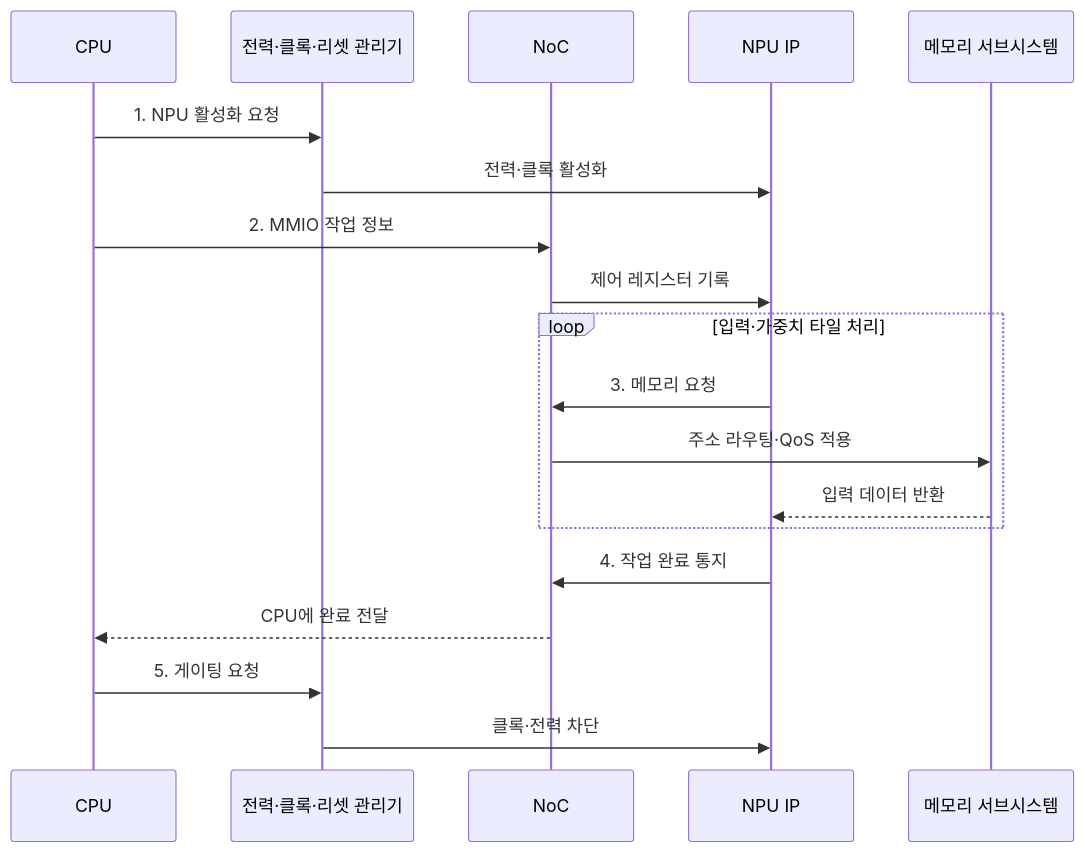
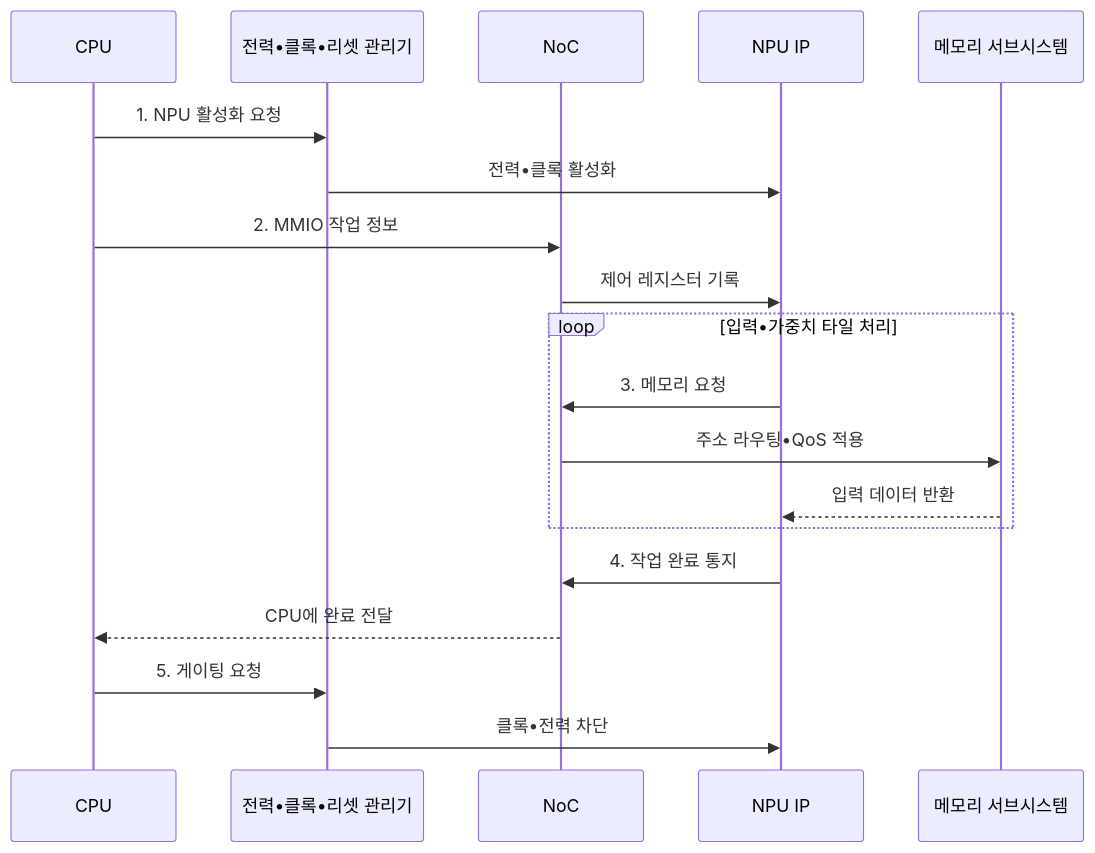
Before and after one commit to agnusdei1207/knowledge-base: the second of 2 diagrams in src/content/docs/notes/02-hardware/038_system_on_chip.md, drawn with Mermaid. The commit also changed other lines of this file and 953 other files, not shown here.

````diff
--- a/src/content/docs/notes/02-hardware/038_system_on_chip.md
+++ b/src/content/docs/notes/02-hardware/038_system_on_chip.md
@@ -108,22 +108,22 @@
 ```mermaid
 sequenceDiagram
     participant C as CPU
-    participant P as 전력·클록·리셋 관리기
+    participant P as 전력•클록•리셋 관리기
     participant N as NoC
     participant A as NPU IP
     participant M as 메모리 서브시스템
 
     C->>P: 1. NPU 활성화 요청
-    P->>A: 전력·클록 활성화
+    P->>A: 전력•클록 활성화
     C->>N: 2. MMIO 작업 정보
     N->>A: 제어 레지스터 기록
-    loop 입력·가중치 타일 처리
+    loop 입력•가중치 타일 처리
         A->>N: 3. 메모리 요청
-        N->>M: 주소 라우팅·QoS 적용
+        N->>M: 주소 라우팅•QoS 적용
         M-->>A: 입력 데이터 반환
     end
     A->>N: 4. 작업 완료 통지
     N-->>C: CPU에 완료 전달
     C->>P: 5. 게이팅 요청
-    P->>A: 클록·전력 차단
+    P->>A: 클록•전력 차단
 ```
````
